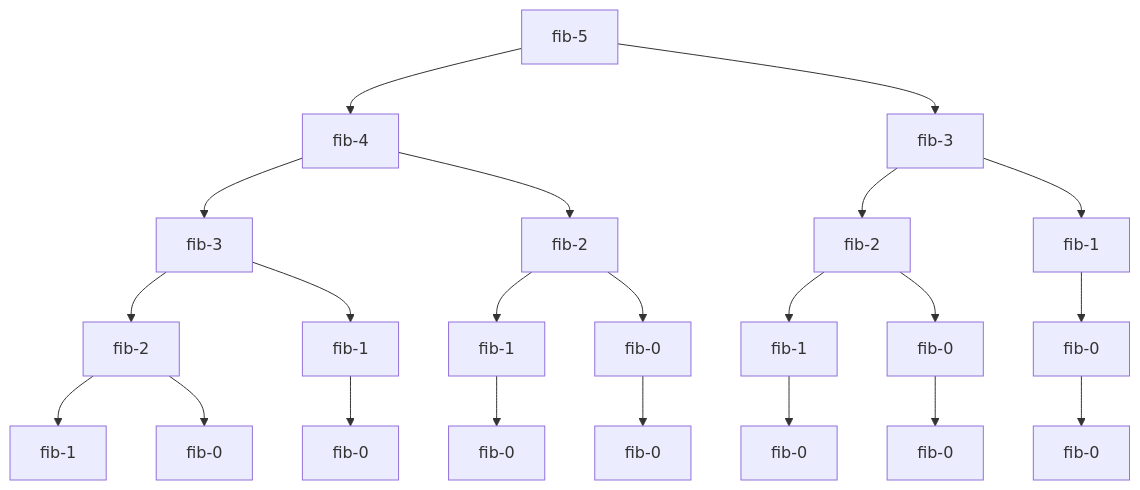
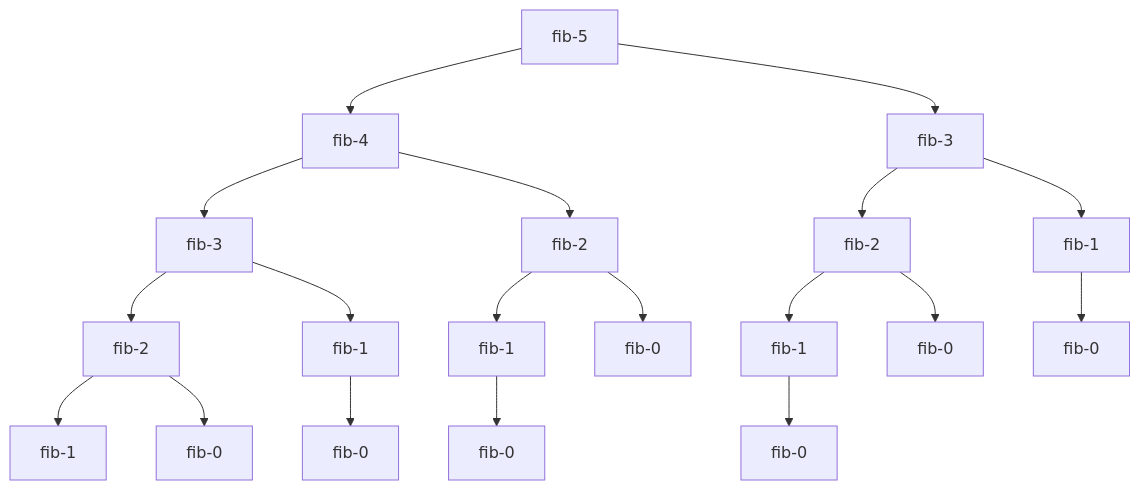
One commit to jsondevers/CMSC389O changed the diagram in dp/README.md. Above: the diagram before and after it, drawn with Mermaid.

Commit message:
typos on fib diagram

````diff
--- a/dp/README.md
+++ b/dp/README.md
@@ -53,24 +53,22 @@
 ```mermaid
 graph TD;
     a[fib-5] --> b[fib-4]
     a[fib-5] --> c[fib-3]
     b[fib-4] --> d[fib-3]
     b[fib-4] --> e[fib-2]
     c[fib-3] --> f[fib-2]
     c[fib-3] --> g[fib-1]
     d[fib-3] --> h[fib-2]
     d[fib-3] --> i[fib-1]
     e[fib-2] --> j[fib-1]
     e[fib-2] --> k[fib-0]
     f[fib-2] --> l[fib-1]
     f[fib-2] --> m[fib-0]
     g[fib-1] --> n[fib-0]
     h[fib-2] --> o[fib-1]
     h[fib-2] --> p[fib-0]
     i[fib-1] --> q[fib-0]
     j[fib-1] --> r[fib-0]
-    k[fib-0] --> s[fib-0]
     l[fib-1] --> t[fib-0]
-    m[fib-0] --> u[fib-0]
-    n[fib-0] --> v[fib-0]
+
 ```
````
